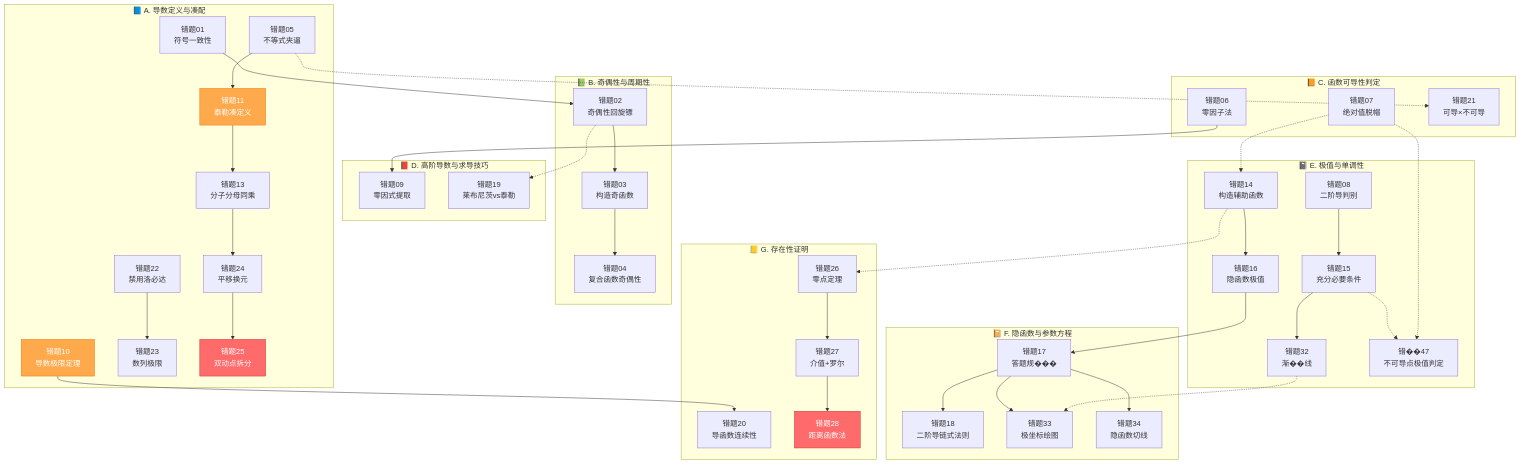
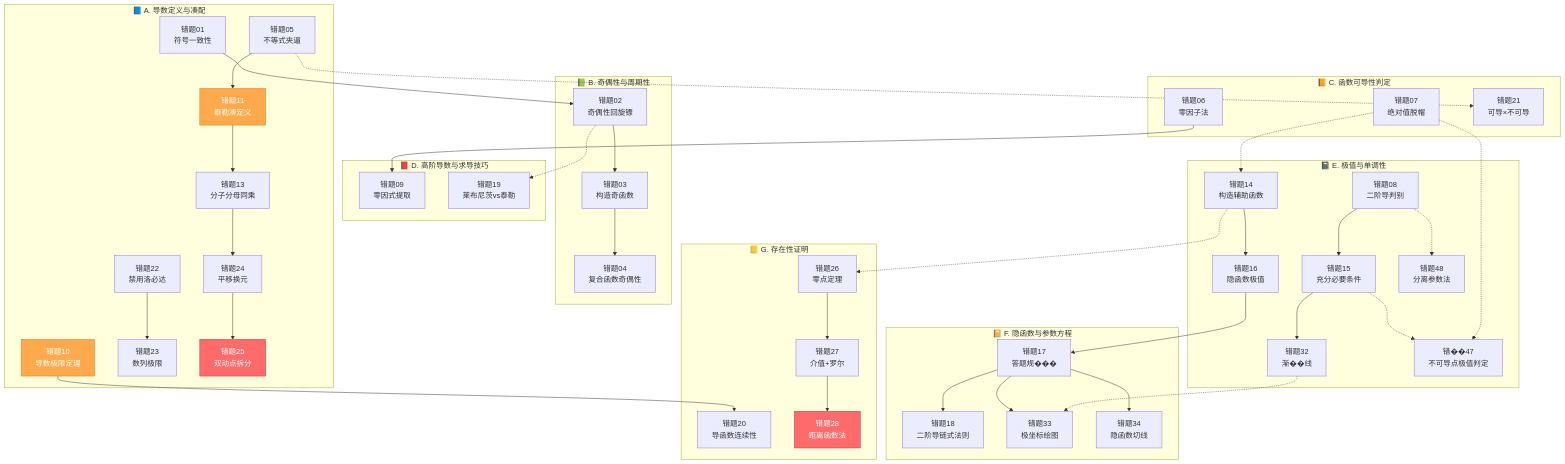
The diagram in 考研数学/高数-一元微分学/错题本.md (Treasoni/kaoyan), drawn with Mermaid before and after one commit.

Commit message:
vault backup: 2026-04-12 12:05:27

```diff
--- a/考研数学/高数-一元微分学/错题本.md
+++ b/考研数学/高数-一元微分学/错题本.md
@@ -123,6 +123,7 @@
         E4[错题16<br/>隐函数极值]
         E5[错题35<br/>端点最值与单侧导数]
         E6[错��47<br/>不可导点极值判定]
+        E7[错题48<br/>分离参数法]
     end
 
     subgraph F["📔 F. 隐函数与参数方程"]
@@ -167,6 +168,7 @@
     C2 -.-> E2
     E3 -.-> E6
     C2 -.-> E6
+    E1 -.-> E7
     E5[错题32<br/>渐��线] -.-> F3
 
     style A9 fill:#ff6b6b,stroke:#c92a2a,color:#fff
```
